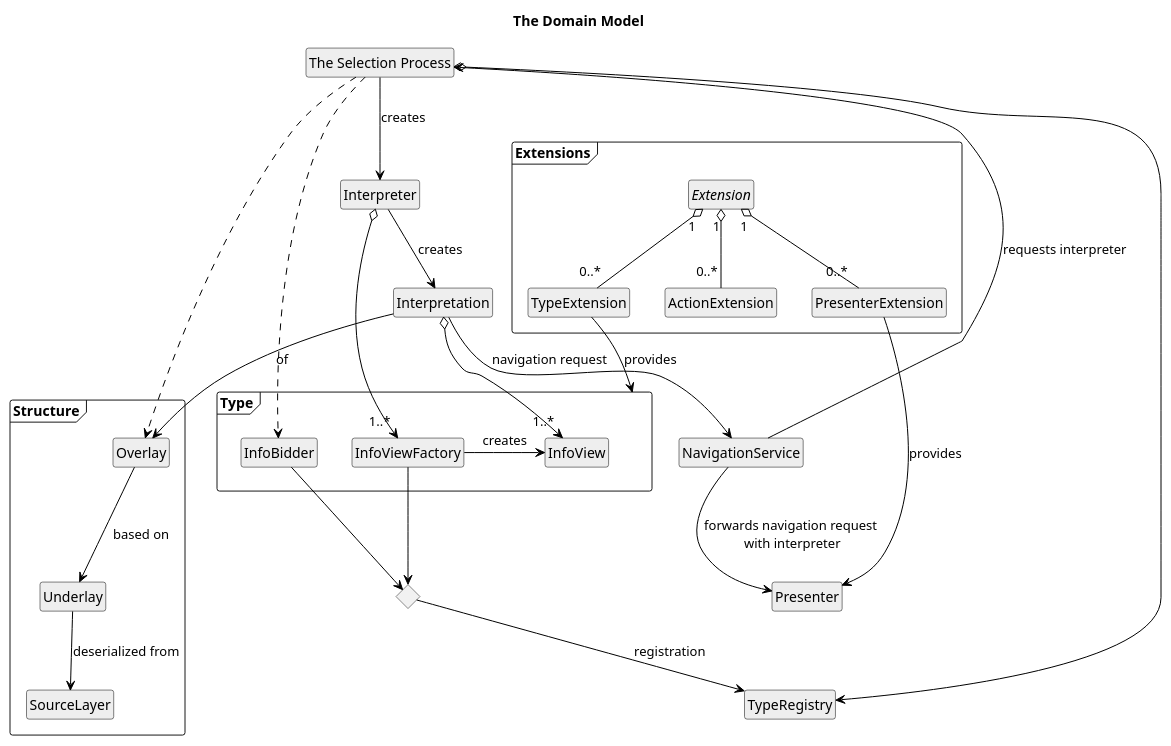
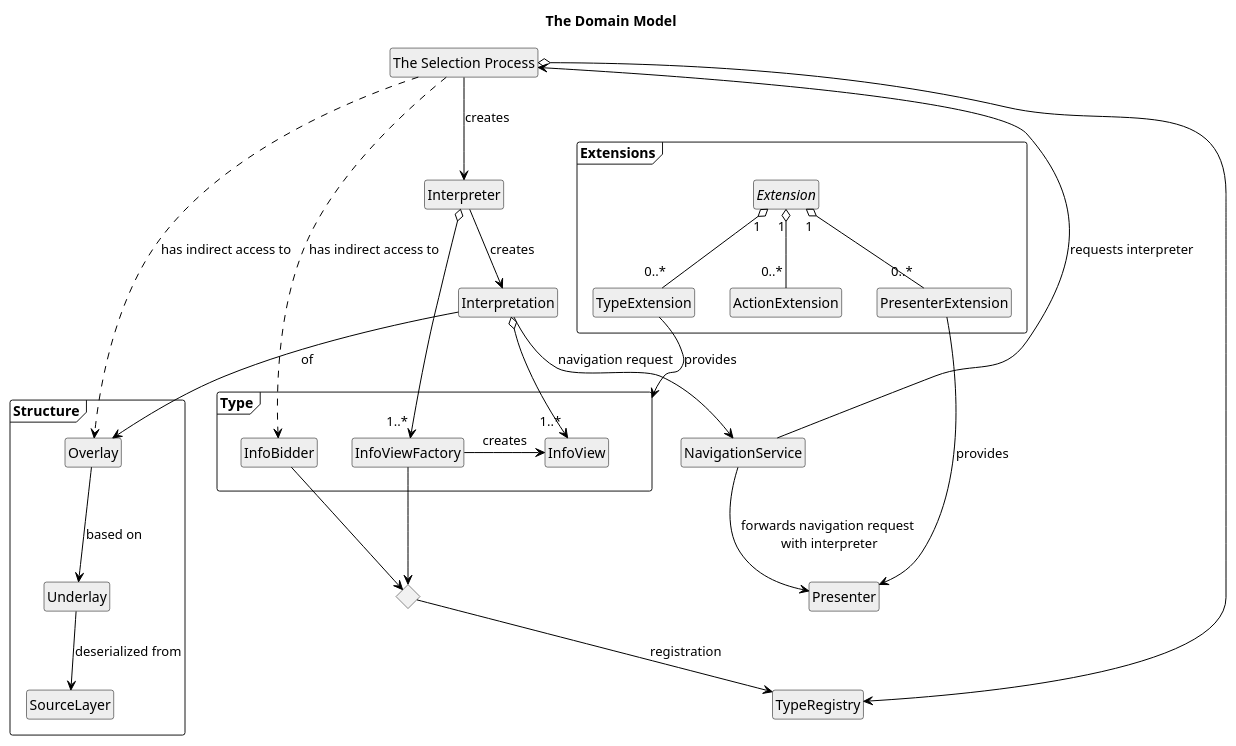
One commit to blackfennec-org/blackfennec changed the second of 2 diagrams in docs/source/domain_model/index.rst. Above: the diagram before and after it, drawn with PlantUML. The commit also changed other lines of this file and 4 other files, not shown here.

```diff
--- a/docs/source/domain_model/index.rst
+++ b/docs/source/domain_model/index.rst
@@ -63,79 +74,79 @@
 .. uml::
 
     @startuml
 
     hide circle
     hide members
     hide methods
 
     skinparam class {
         BackgroundColor #EEE
         ArrowColor Black
         BorderColor Black
     }
 
     title The Domain Model
 
     class "The Selection Process" as tsp 
 
     package Structure <<Frame>> {
         class Overlay
         class Underlay
         class SourceLayer
 
         Overlay         -down->     Underlay        : based on
         Underlay        -down->     SourceLayer     : deserialized from
     }
     
     package Type <<Frame>> {
         class InfoBidder
         class InfoView
         class InfoViewFactory
         
         InfoViewFactory -> InfoView : creates
         'InfoBidder .[hidden]down.> InfoViewFactory
     }
 
     Class TypeRegistry
     <>    register_type
 
     InfoBidder          --> register_type
     InfoViewFactory     --> register_type
     register_type       --> TypeRegistry            : registration
 
     class Interpretation
     class Interpreter
     class Presenter
 
     Interpreter         o-->    "1..*"  InfoViewFactory
     Interpreter         -->             Interpretation      : creates
     'Interpreter         -->            Presenter
     Interpretation      o-->    "1..*"  InfoView
     Interpretation      -->             Overlay             : of
     'Presenter           o..>    "0..*"  Interpreter
     
     package Extensions <<Frame>> {
         abstract Extension
         class TypeExtension
         class ActionExtension
         class PresenterExtension
 
         Extension "1" o-- "0..*" TypeExtension
         Extension "1" o-- "0..*" ActionExtension
         Extension "1" o-- "0..*" PresenterExtension
 
         TypeExtension       -->     Type            : provides
         PresenterExtension  -->     Presenter       : provides
     }
 
     class NavigationService
     Interpretation      -->     NavigationService   : navigation request
     NavigationService   -->     tsp                 : requests interpreter
     NavigationService   -->     Presenter           : forwards navigation request \nwith interpreter
 
     tsp                 o-->    TypeRegistry        
-    tsp                 ..>     Overlay             
-    tsp                 ..>     InfoBidder
+    tsp                 ..>     Overlay             : has indirect access to  
+    tsp                 ..>     InfoBidder          : has indirect access to
     tsp                 -->     Interpreter         : creates
 
     @enduml
```
